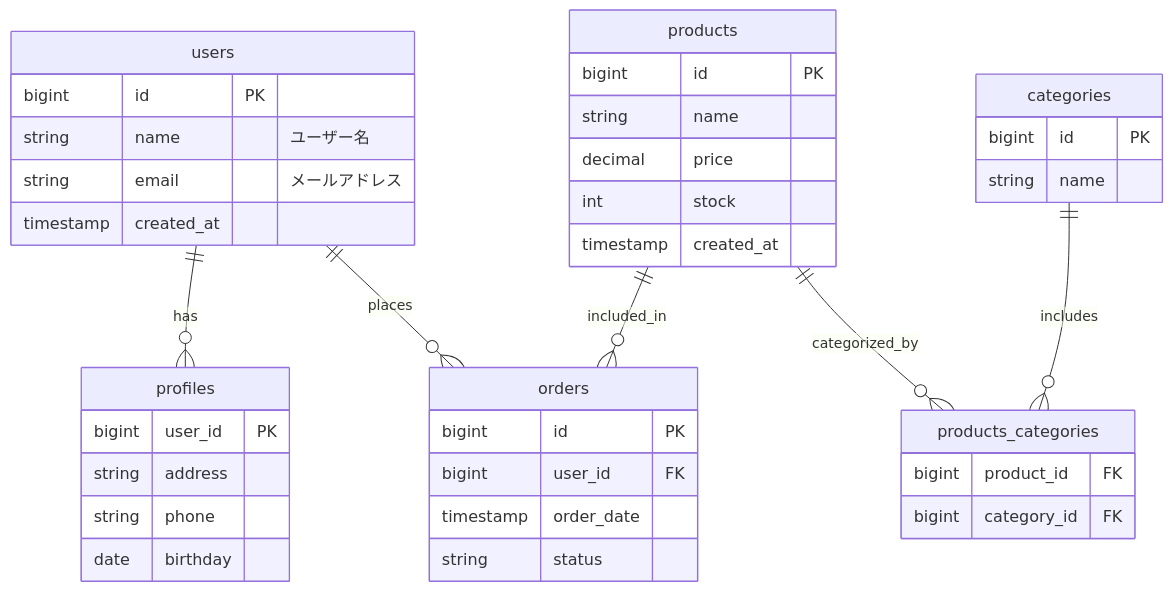
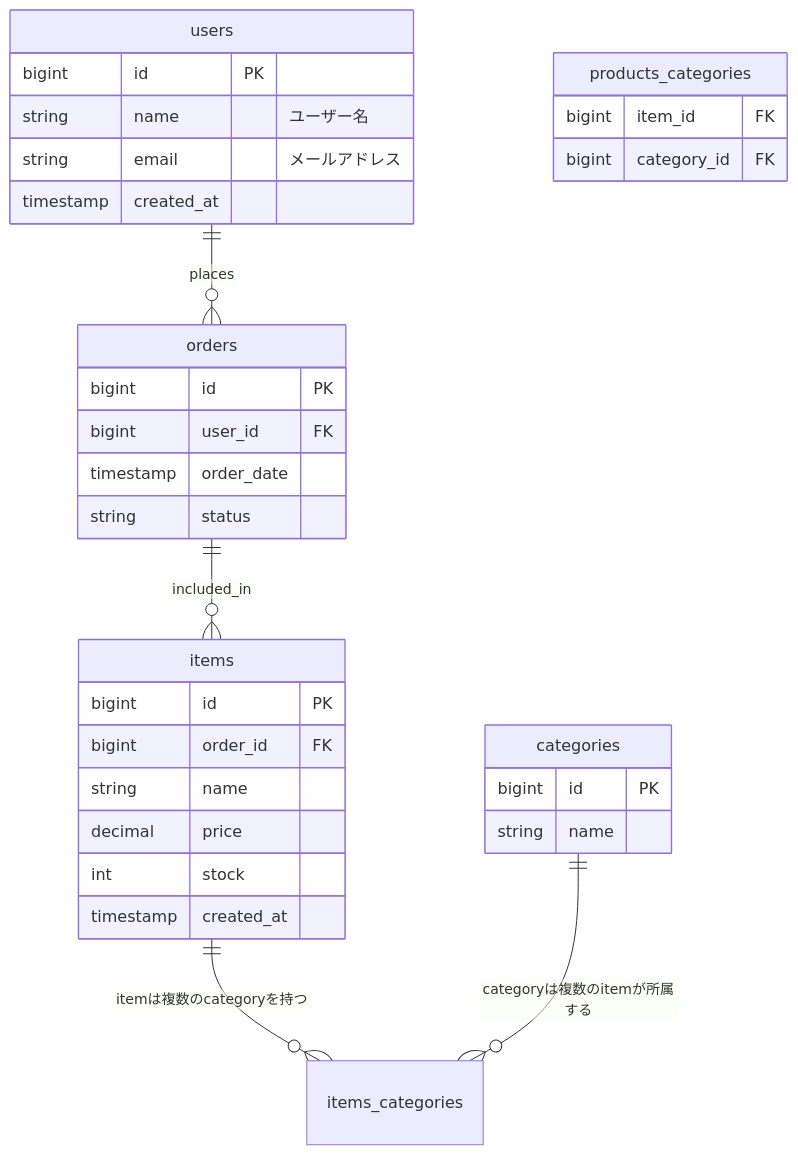
One commit to ahiru401066/practice-SQL changed the diagram in ER.md. Above: the diagram before and after it, drawn with Mermaid. The commit also changed 6 other files, not shown here.

````diff
--- a/ER.md
+++ b/ER.md
@@ -1,48 +1,41 @@
 ```mermaid
 erDiagram
   users {
     bigint id PK
     string name "ユーザー名"
     string email "メールアドレス"
     timestamp created_at
   }
 
-  profiles {
-    bigint user_id PK
-    string address 
-    string phone
-    date birthday
-  }
-
   orders {
     bigint id PK
     bigint user_id FK
     timestamp order_date
     string status
   }
 
-  products {
+  items {
     bigint id PK
+    bigint order_id FK
     string name
     decimal price
     int stock
     timestamp created_at
   }
 
   categories {
     bigint id PK
     string name
   }
 
   products_categories {
-    bigint product_id FK
+    bigint item_id FK
     bigint category_id FK
   }
 
   %% Relations
-  users ||--o{ profiles : has
   users ||--o{ orders : places
-  products ||--o{ orders : included_in
-  products ||--o{ products_categories : categorized_by
-  categories ||--o{ products_categories : includes
+  orders ||--o{ items : included_in
+  items ||--o{ items_categories : "itemは複数のcategoryを持つ"
+  categories ||--o{ items_categories : "categoryは複数のitemが所属する"
 ```
````
